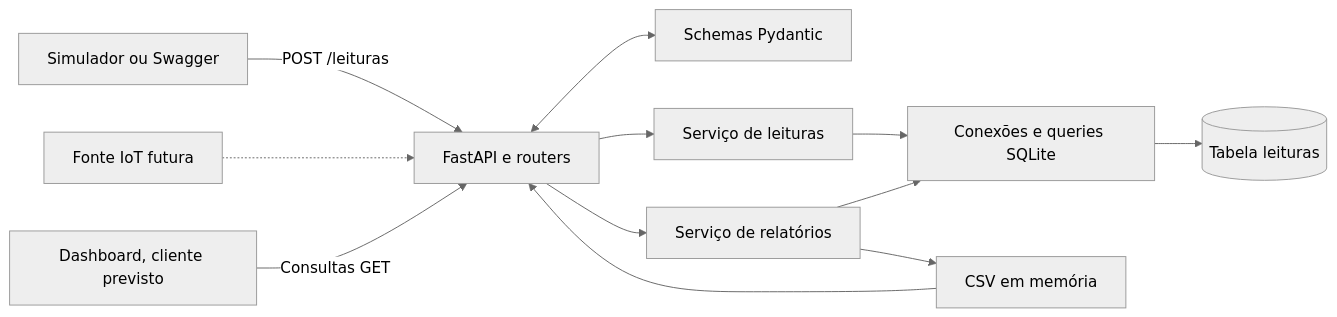
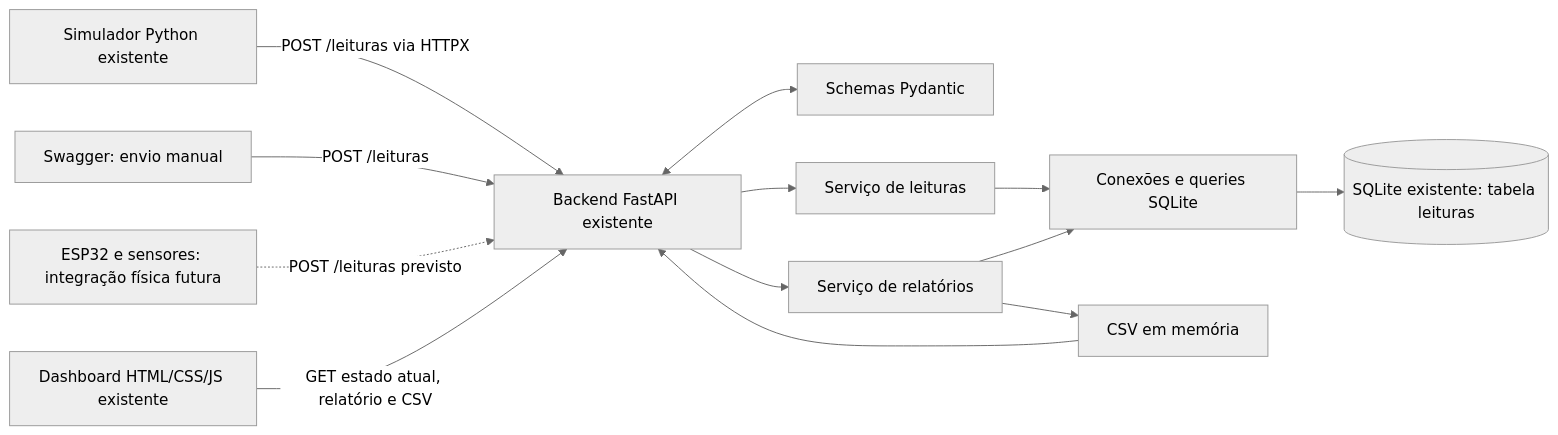
Before and after one commit to FernandoKooji/Hackathon-FMU-Tech-2026.2-BovinusS-Grill-Beer-Augusta.-Grupo-Alpha-Code: the diagram in docs/architecture.md, drawn with Mermaid (neutral theme). The commit also changed other lines of this file and 4 other files, not shown here.

Commit message:
fix(dashboard): show stale readings and recover API connection

````diff
--- a/docs/architecture.md
+++ b/docs/architecture.md
@@ -7,14 +7,15 @@
 ```mermaid
 flowchart LR
-    Fonte["Simulador ou Swagger"] -->|"POST /leituras"| API["FastAPI e routers"]
-    IoT["Fonte IoT futura"] -.-> API
-    Painel["Dashboard, cliente previsto"] -->|"Consultas GET"| API
+    Sim["Simulador Python existente"] -->|"POST /leituras via HTTPX"| API["Backend FastAPI existente"]
+    Swagger["Swagger: envio manual"] -->|"POST /leituras"| API
+    IoT["ESP32 e sensores: integração física futura"] -.->|"POST /leituras previsto"| API
+    Painel["Dashboard HTML/CSS/JS existente"] -->|"GET estado atual, relatório e CSV"| API
     API <--> Schemas["Schemas Pydantic"]
     API --> Leituras["Serviço de leituras"]
     API --> Relatorio["Serviço de relatórios"]
     Leituras --> SQL["Conexões e queries SQLite"]
     Relatorio --> SQL
-    SQL --> Dados[("Tabela leituras")]
+    SQL --> Dados[("SQLite existente: tabela leituras")]
     Relatorio --> CSV["CSV em memória"]
     CSV --> API
 ```
````
